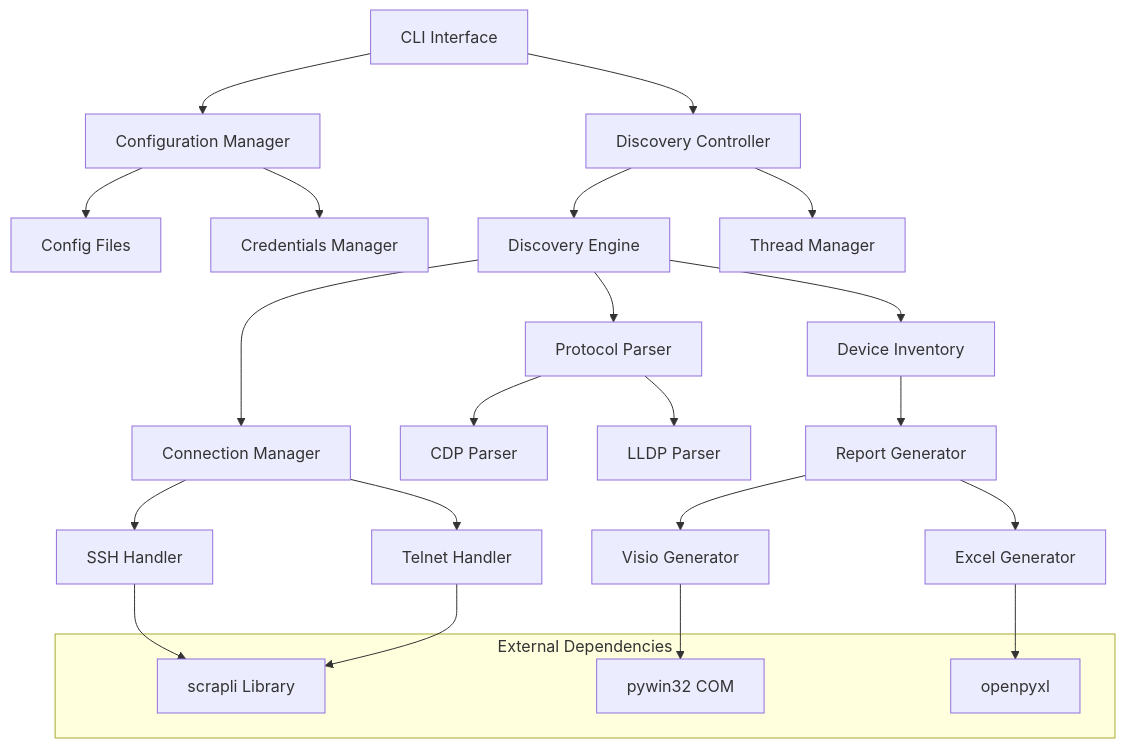
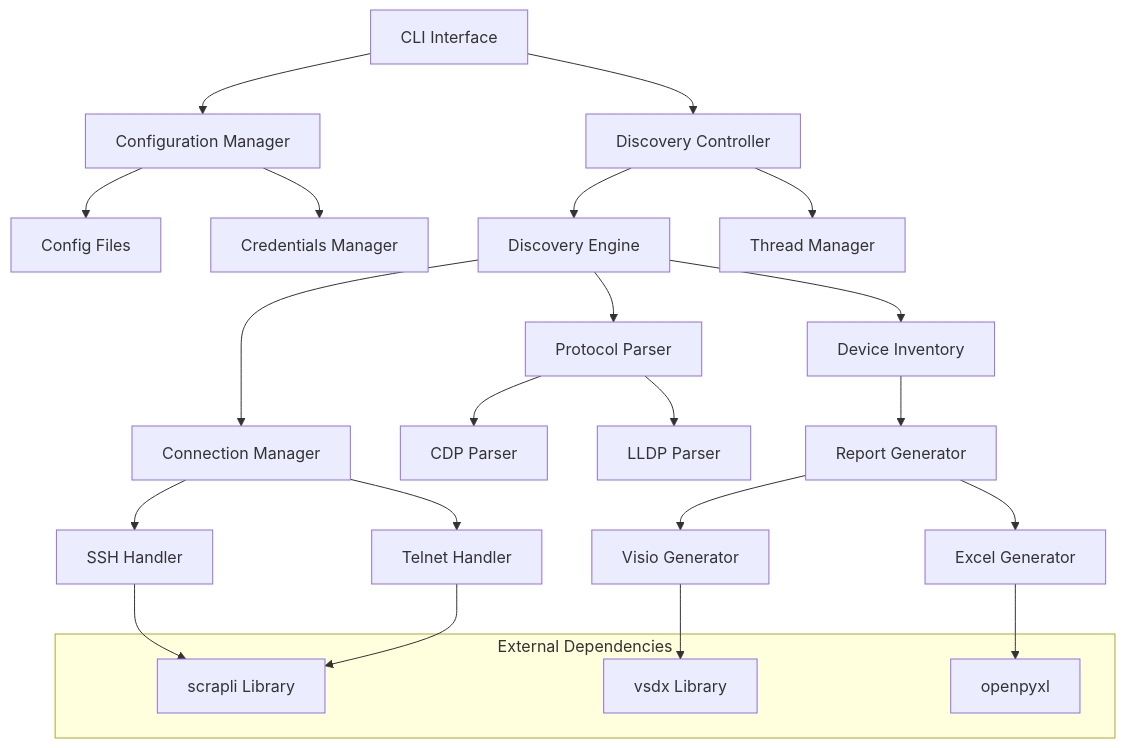
Before and after one commit to MarkTegna/NetWalker: the diagram in .kiro/specs/network-topology-discovery/design.md, drawn with Mermaid. The commit also changed other lines of this file and 73 other files, not shown here.

````diff
--- a/.kiro/specs/network-topology-discovery/design.md
+++ b/.kiro/specs/network-topology-discovery/design.md
@@ -13,36 +13,36 @@
 ```mermaid
 graph TB
     CLI[CLI Interface] --> CM[Configuration Manager]
     CLI --> DC[Discovery Controller]
     
     CM --> CF[Config Files]
     CM --> CR[Credentials Manager]
     
     DC --> DE[Discovery Engine]
     DC --> TM[Thread Manager]
     
     DE --> CNM[Connection Manager]
     DE --> PP[Protocol Parser]
     DE --> DI[Device Inventory]
     
     CNM --> SSH[SSH Handler]
     CNM --> TEL[Telnet Handler]
     
     PP --> CDP[CDP Parser]
     PP --> LLDP[LLDP Parser]
     
     DI --> RG[Report Generator]
     RG --> EG[Excel Generator]
     RG --> VG[Visio Generator]
     
     subgraph "External Dependencies"
         SCRAPLI[scrapli Library]
-        PYWIN32[pywin32 COM]
+        VSDX[vsdx Library]
         OPENPYXL[openpyxl]
     end
     
     SSH --> SCRAPLI
     TEL --> SCRAPLI
-    VG --> PYWIN32
+    VG --> VSDX
     EG --> OPENPYXL
 ```
````
